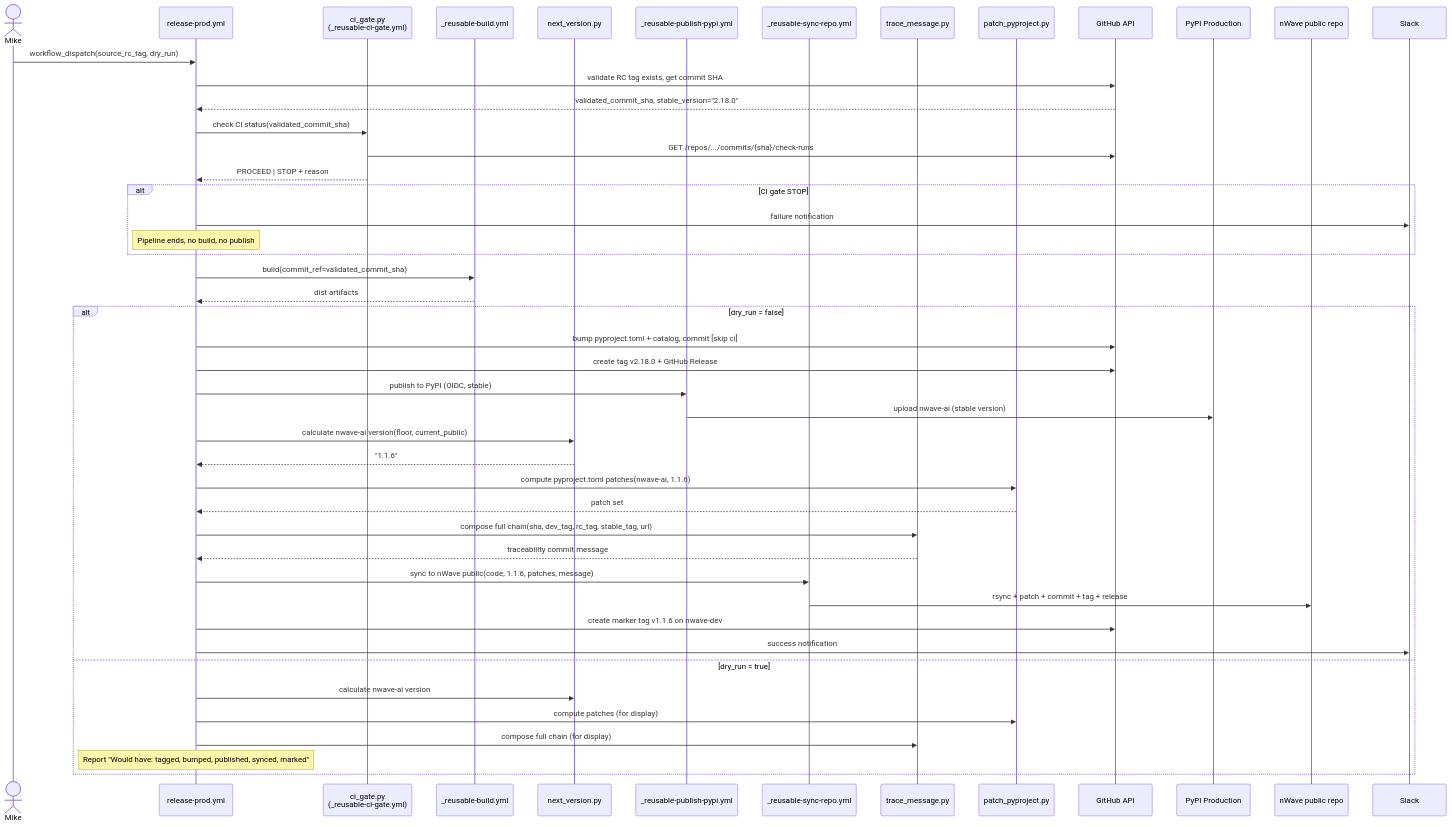
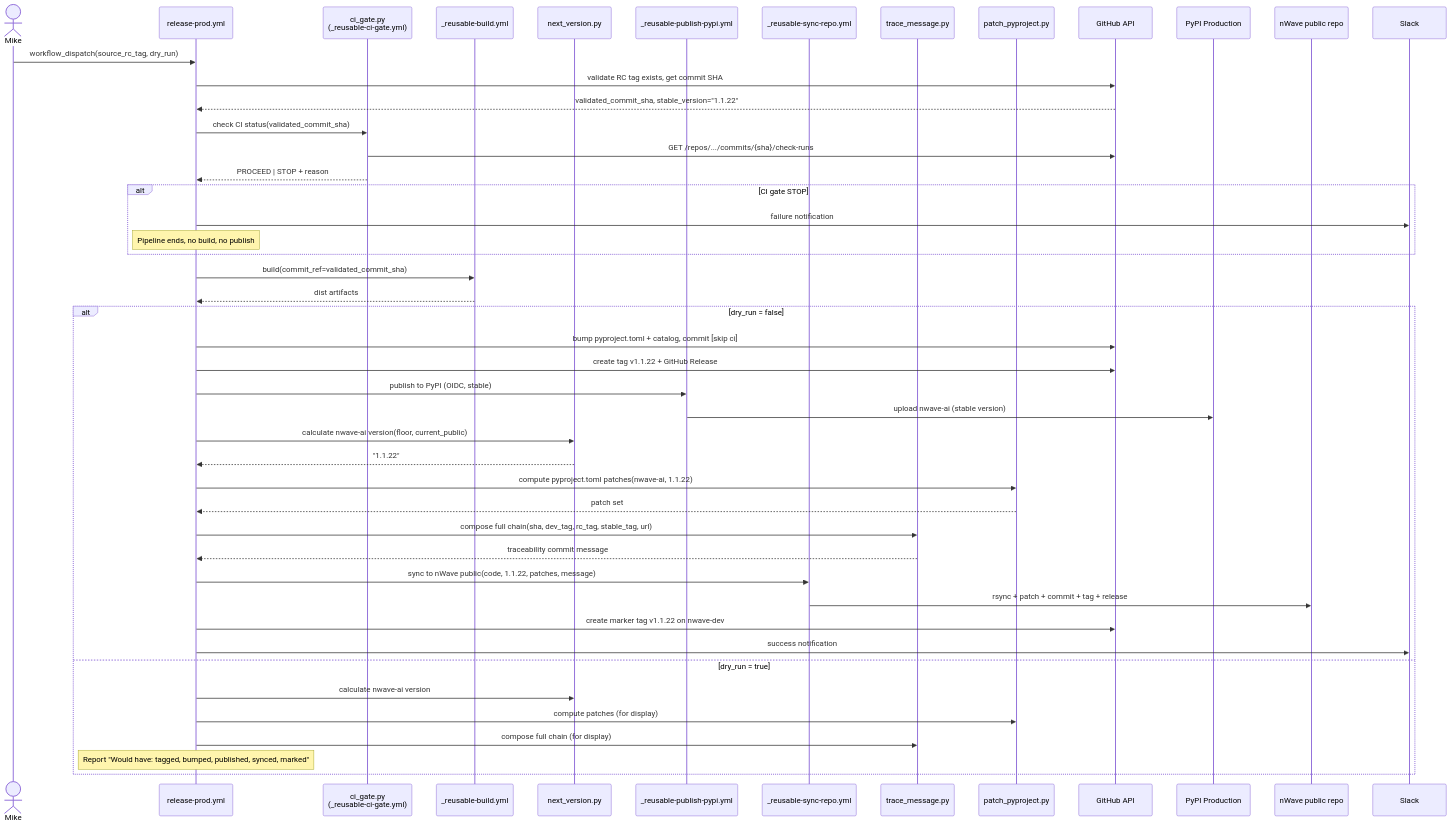
The fifth of 5 diagrams in docs/features/release-train-revamp/02-design/architecture.md (nWave-ai/nWave-experimental), drawn with Mermaid before and after one commit. The commit also changed other lines of this file and 18 other files, not shown here.

````diff
--- a/docs/features/release-train-revamp/02-design/architecture.md
+++ b/docs/features/release-train-revamp/02-design/architecture.md
@@ -323,58 +323,58 @@
 ```mermaid
 sequenceDiagram
     actor Mike
     participant WP as release-prod.yml
     participant CIG as ci_gate.py<br/>(_reusable-ci-gate.yml)
     participant BLD as _reusable-build.yml
     participant VER as next_version.py
     participant PUB as _reusable-publish-pypi.yml
     participant SYNC as _reusable-sync-repo.yml
     participant TRC as trace_message.py
     participant PAT as patch_pyproject.py
     participant GH as GitHub API
     participant PYPI as PyPI Production
     participant PUB_REPO as nWave public repo
     participant SLK as Slack
 
     Mike->>WP: workflow_dispatch(source_rc_tag, dry_run)
     WP->>GH: validate RC tag exists, get commit SHA
-    GH-->>WP: validated_commit_sha, stable_version="2.18.0"
+    GH-->>WP: validated_commit_sha, stable_version="1.1.22"
 
     WP->>CIG: check CI status(validated_commit_sha)
     CIG->>GH: GET /repos/.../commits/{sha}/check-runs
     CIG-->>WP: PROCEED | STOP + reason
 
     alt CI gate STOP
         WP->>SLK: failure notification
         Note over WP: Pipeline ends, no build, no publish
     end
 
     WP->>BLD: build(commit_ref=validated_commit_sha)
     BLD-->>WP: dist artifacts
 
     alt dry_run = false
         WP->>GH: bump pyproject.toml + catalog, commit [skip ci]
-        WP->>GH: create tag v2.18.0 + GitHub Release
+        WP->>GH: create tag v1.1.22 + GitHub Release
 
         WP->>PUB: publish to PyPI (OIDC, stable)
         PUB->>PYPI: upload nwave-ai (stable version)
 
         WP->>VER: calculate nwave-ai version(floor, current_public)
-        VER-->>WP: "1.1.6"
-        WP->>PAT: compute pyproject.toml patches(nwave-ai, 1.1.6)
+        VER-->>WP: "1.1.22"
+        WP->>PAT: compute pyproject.toml patches(nwave-ai, 1.1.22)
         PAT-->>WP: patch set
 
         WP->>TRC: compose full chain(sha, dev_tag, rc_tag, stable_tag, url)
         TRC-->>WP: traceability commit message
-        WP->>SYNC: sync to nWave public(code, 1.1.6, patches, message)
+        WP->>SYNC: sync to nWave public(code, 1.1.22, patches, message)
         SYNC->>PUB_REPO: rsync + patch + commit + tag + release
 
-        WP->>GH: create marker tag v1.1.6 on nwave-dev
+        WP->>GH: create marker tag v1.1.22 on nwave-dev
         WP->>SLK: success notification
     else dry_run = true
         WP->>VER: calculate nwave-ai version
         WP->>PAT: compute patches (for display)
         WP->>TRC: compose full chain (for display)
         Note over WP: Report "Would have: tagged, bumped, published, synced, marked"
     end
 ```
````
